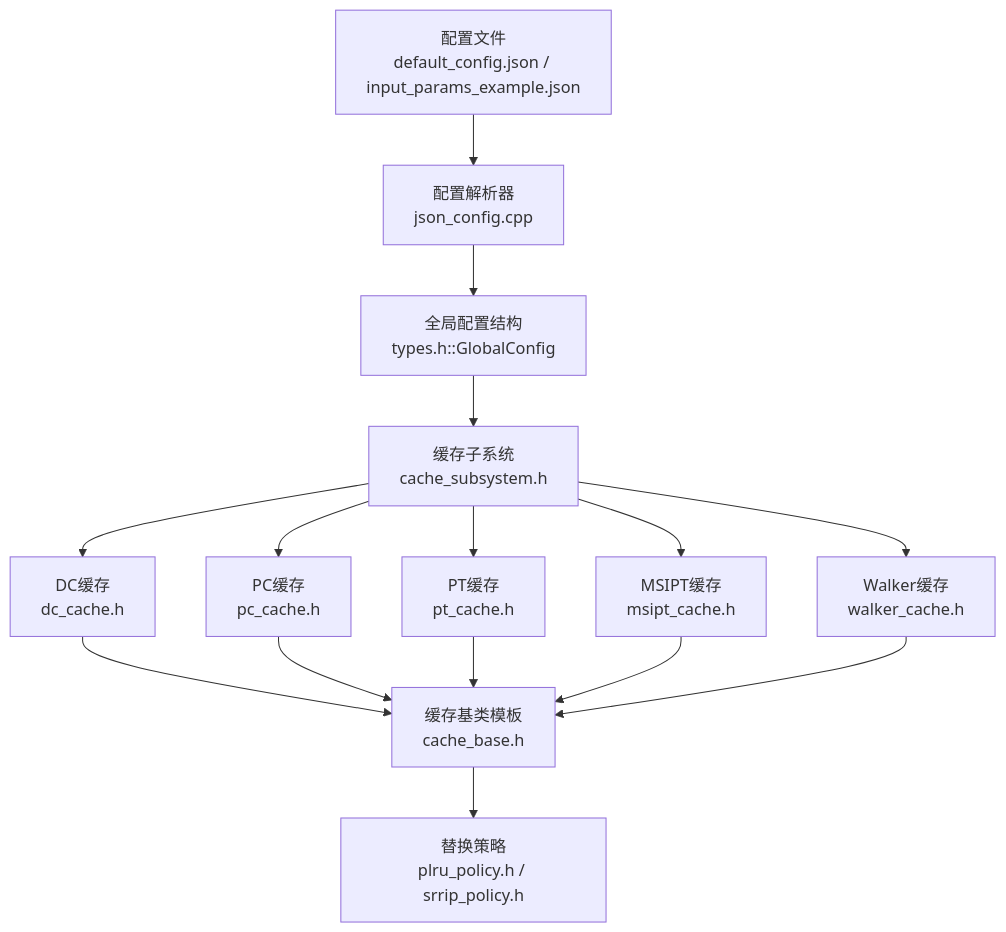
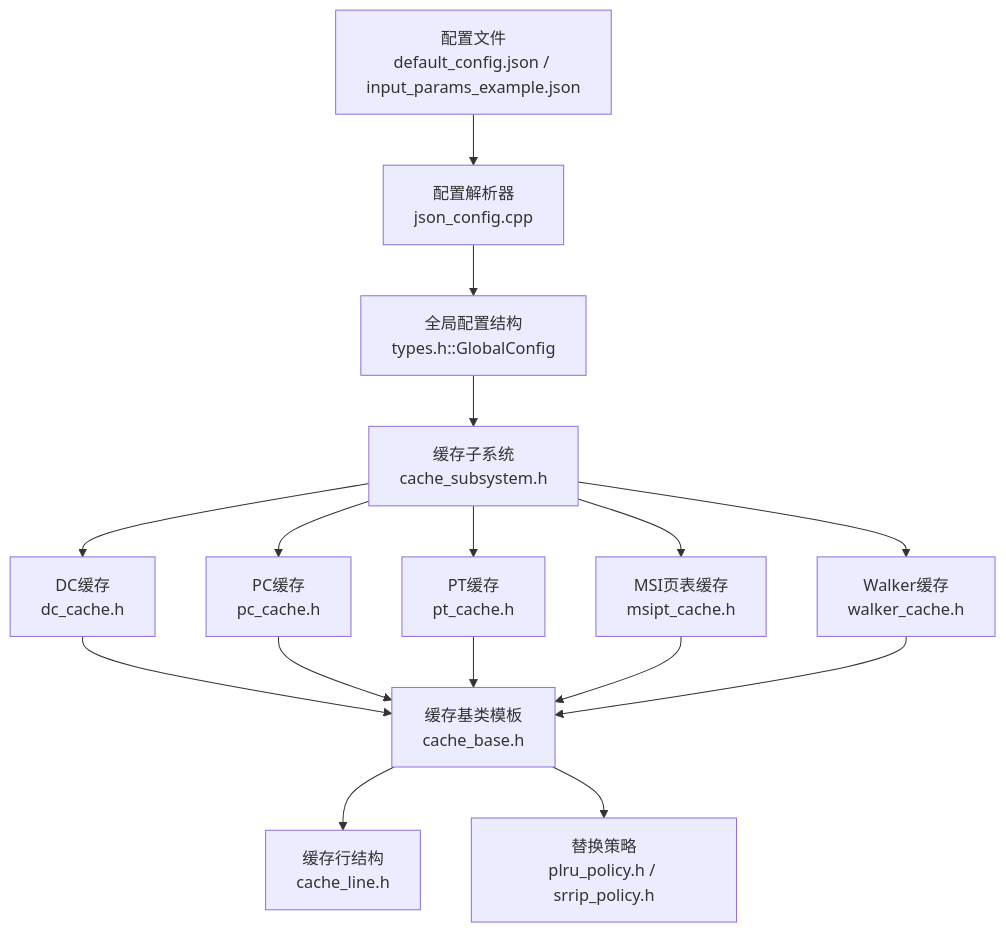
The first of 4 diagrams in .qoder/repowiki/zh/content/配置与参数/缓存配置.md (jiangjiang1122/iommu_model_20260401_v1), drawn with Mermaid before and after one commit. The commit also changed other lines of this file and 186 other files, not shown here.

````diff
--- a/.qoder/repowiki/zh/content/配置与参数/缓存配置.md
+++ b/.qoder/repowiki/zh/content/配置与参数/缓存配置.md
@@ -46,28 +57,30 @@
 ```mermaid
 graph TB
 CFG["配置文件<br/>default_config.json / input_params_example.json"]
 JC["配置解析器<br/>json_config.cpp"]
 GC["全局配置结构<br/>types.h::GlobalConfig"]
 CS["缓存子系统<br/>cache_subsystem.h"]
 CB["缓存基类模板<br/>cache_base.h"]
+CL["缓存行结构<br/>cache_line.h"]
 DC["DC缓存<br/>dc_cache.h"]
 PC["PC缓存<br/>pc_cache.h"]
 PT["PT缓存<br/>pt_cache.h"]
-MSI["MSIPT缓存<br/>msipt_cache.h"]
+MSI["MSI页表缓存<br/>msipt_cache.h"]
 WC["Walker缓存<br/>walker_cache.h"]
 RP["替换策略<br/>plru_policy.h / srrip_policy.h"]
 CFG --> JC
 JC --> GC
 GC --> CS
 CS --> DC
 CS --> PC
 CS --> PT
 CS --> MSI
 CS --> WC
 DC --> CB
 PC --> CB
 PT --> CB
 MSI --> CB
 WC --> CB
+CB --> CL
 CB --> RP
 ```
````
